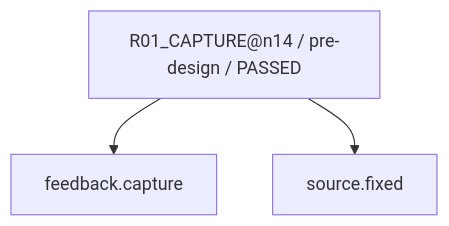
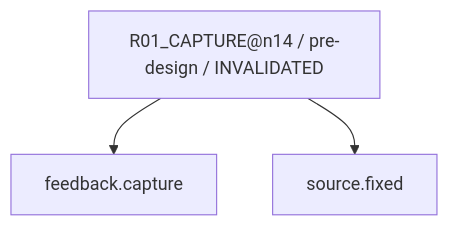
The tenth of 28 diagrams in work/items/W-MATH-048-n1314-source-audit/generated/CAPABILITY_FIRE_DIAGRAM.md (rrikunagasige-dot/kyotsu-step-web), drawn with Mermaid before and after one commit. The commit also changed other lines of this file and 32 other files, not shown here.

````diff
--- a/work/items/W-MATH-048-n1314-source-audit/generated/CAPABILITY_FIRE_DIAGRAM.md
+++ b/work/items/W-MATH-048-n1314-source-audit/generated/CAPABILITY_FIRE_DIAGRAM.md
@@ -152,8 +152,8 @@
 ```mermaid
 flowchart TD
-  N0["R01_CAPTURE@n14 / pre-design / PASSED"]
+  N0["R01_CAPTURE@n14 / pre-design / INVALIDATED"]
   N1["source.fixed"]
   N2["feedback.capture"]
   N0 --> N2
   N0 --> N1
 ```
````
